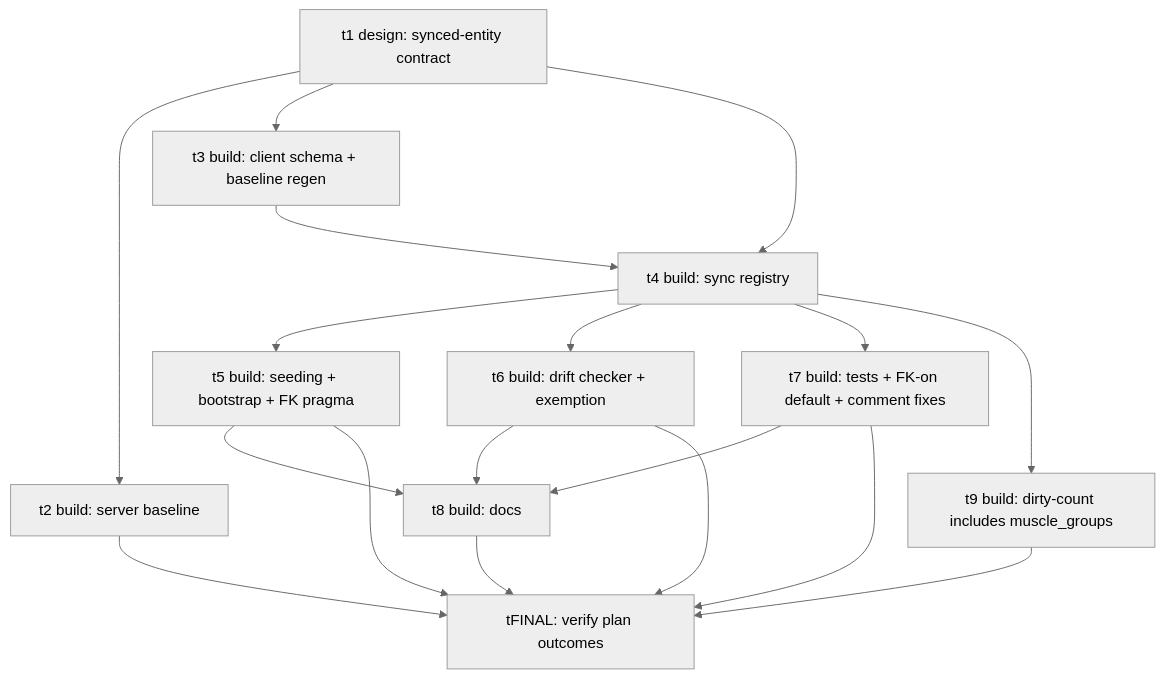
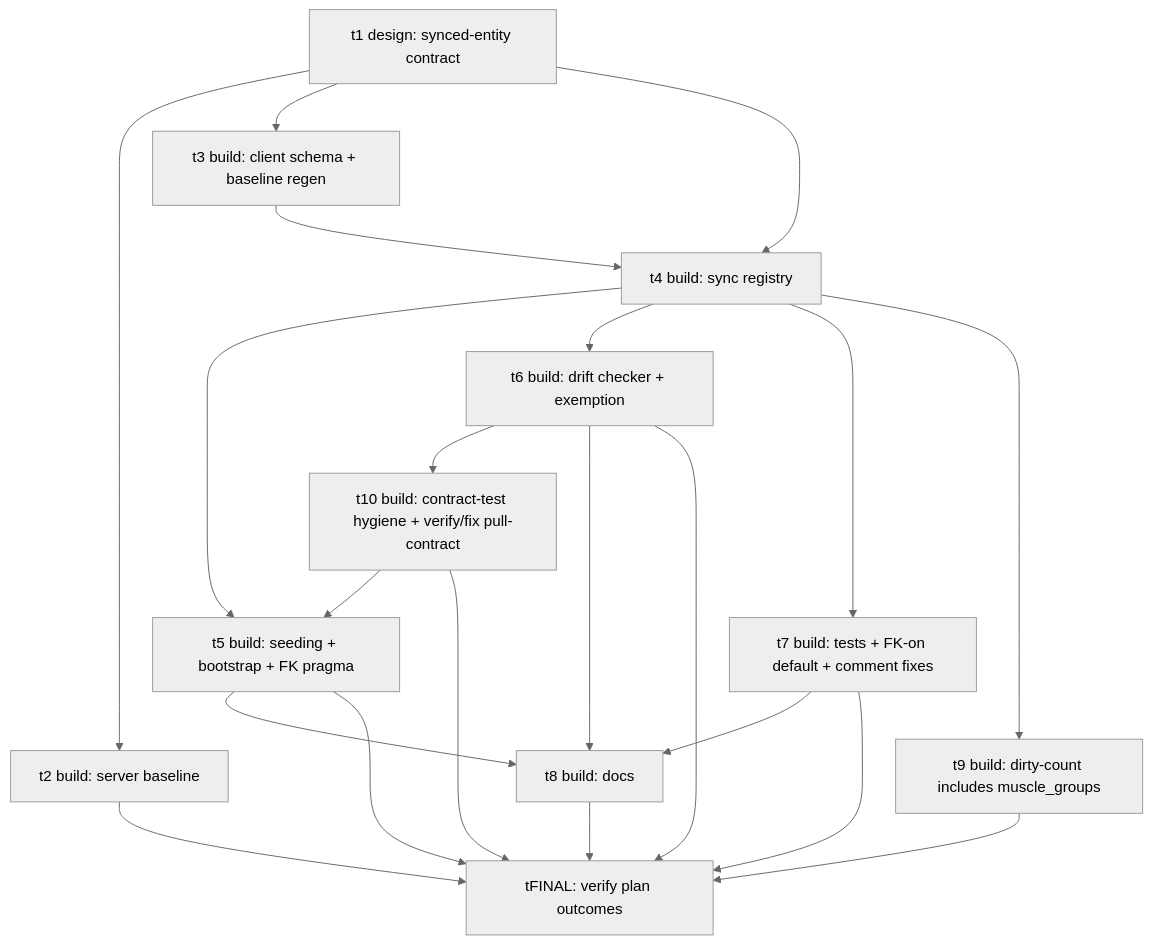
One commit to Brotherhood-of-Ghisa/BOGA3 changed the diagram in docs/plans/muscle-groups-synced-entity/plan.md. Above: the diagram before and after it, drawn with Mermaid (neutral theme). The commit also changed other lines of this file and 3 other files, not shown here.

````diff
--- a/docs/plans/muscle-groups-synced-entity/plan.md
+++ b/docs/plans/muscle-groups-synced-entity/plan.md
@@ -101,20 +101,23 @@
 ```mermaid
 graph TD
   t1[t1 design: synced-entity contract] --> t2[t2 build: server baseline]
   t1 --> t3[t3 build: client schema + baseline regen]
   t3 --> t4[t4 build: sync registry]
   t1 --> t4
   t4 --> t5[t5 build: seeding + bootstrap + FK pragma]
   t4 --> t6[t6 build: drift checker + exemption]
   t4 --> t7[t7 build: tests + FK-on default + comment fixes]
   t4 --> t9[t9 build: dirty-count includes muscle_groups]
+  t6 --> t10[t10 build: contract-test hygiene + verify/fix pull-contract]
+  t10 --> t5
   t2 --> tFINAL
   t5 --> t8[t8 build: docs]
   t6 --> t8
   t7 --> t8
   t8 --> tFINAL[tFINAL: verify plan outcomes]
   t5 --> tFINAL
   t6 --> tFINAL
   t7 --> tFINAL
   t9 --> tFINAL
+  t10 --> tFINAL
 ```
````
